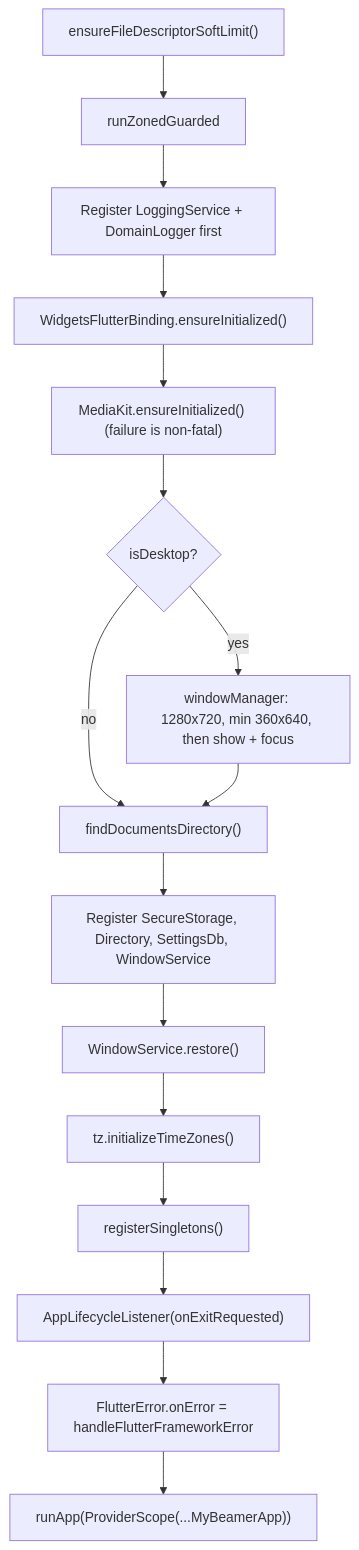
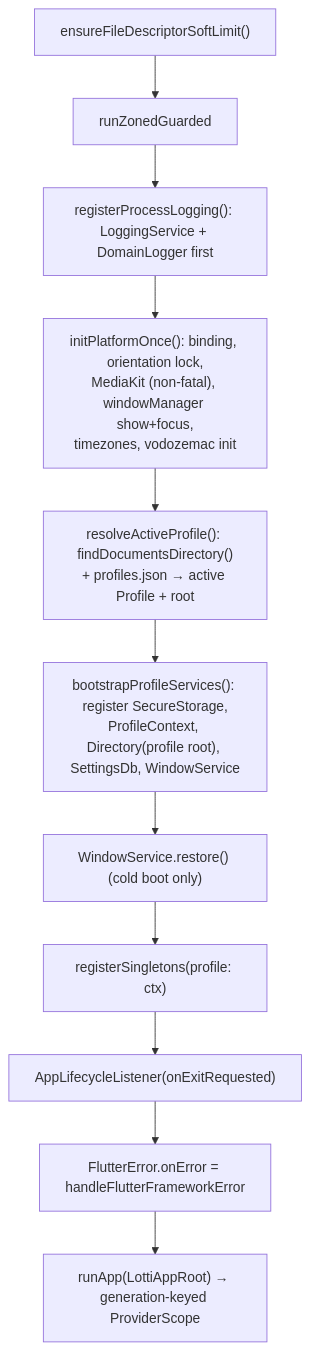
The first of 2 diagrams in knowledge/architecture/bootstrap-and-di.md (matthiasn/lotti), drawn with Mermaid before and after one commit. The commit also changed other lines of this file and 3 other files, not shown here.

Commit message:
docs(knowledge): profiles-and-demo-mode concept, ADR 0049, bootstrap map update

````diff
--- a/knowledge/architecture/bootstrap-and-di.md
+++ b/knowledge/architecture/bootstrap-and-di.md
@@ -67,18 +69,13 @@
 ```mermaid
 flowchart TD
   FD["ensureFileDescriptorSoftLimit()"] --> Zone["runZonedGuarded"]
-  Zone --> Log["Register LoggingService + DomainLogger first"]
-  Log --> Binding["WidgetsFlutterBinding.ensureInitialized()"]
-  Binding --> Media["MediaKit.ensureInitialized() (failure is non-fatal)"]
-  Media --> Window{"isDesktop?"}
-  Window -->|yes| WM["windowManager: 1280x720, min 360x640, then show + focus"]
-  Window -->|no| Docs
-  WM --> Docs["findDocumentsDirectory()"]
-  Docs --> Early["Register SecureStorage, Directory, SettingsDb, WindowService"]
-  Early --> Restore["WindowService.restore()"]
-  Restore --> TZ["tz.initializeTimeZones()"]
-  TZ --> Singletons["registerSingletons()"]
+  Zone --> Log["registerProcessLogging(): LoggingService + DomainLogger first"]
+  Log --> Platform["initPlatformOnce(): binding, orientation lock,<br/>MediaKit (non-fatal), windowManager show+focus,<br/>timezones, vodozemac init"]
+  Platform --> Resolve["resolveActiveProfile(): findDocumentsDirectory()<br/>+ profiles.json → active Profile + root"]
+  Resolve --> Early["bootstrapProfileServices(): register SecureStorage,<br/>ProfileContext, Directory(profile root), SettingsDb, WindowService"]
+  Early --> Restore["WindowService.restore() (cold boot only)"]
+  Restore --> Singletons["registerSingletons(profile: ctx)"]
   Singletons --> Lifecycle["AppLifecycleListener(onExitRequested)"]
   Lifecycle --> ErrorHook["FlutterError.onError = handleFlutterFrameworkError"]
-  ErrorHook --> Run["runApp(ProviderScope(...MyBeamerApp))"]
+  ErrorHook --> Run["runApp(LottiAppRoot) → generation-keyed ProviderScope"]
 ```
````
